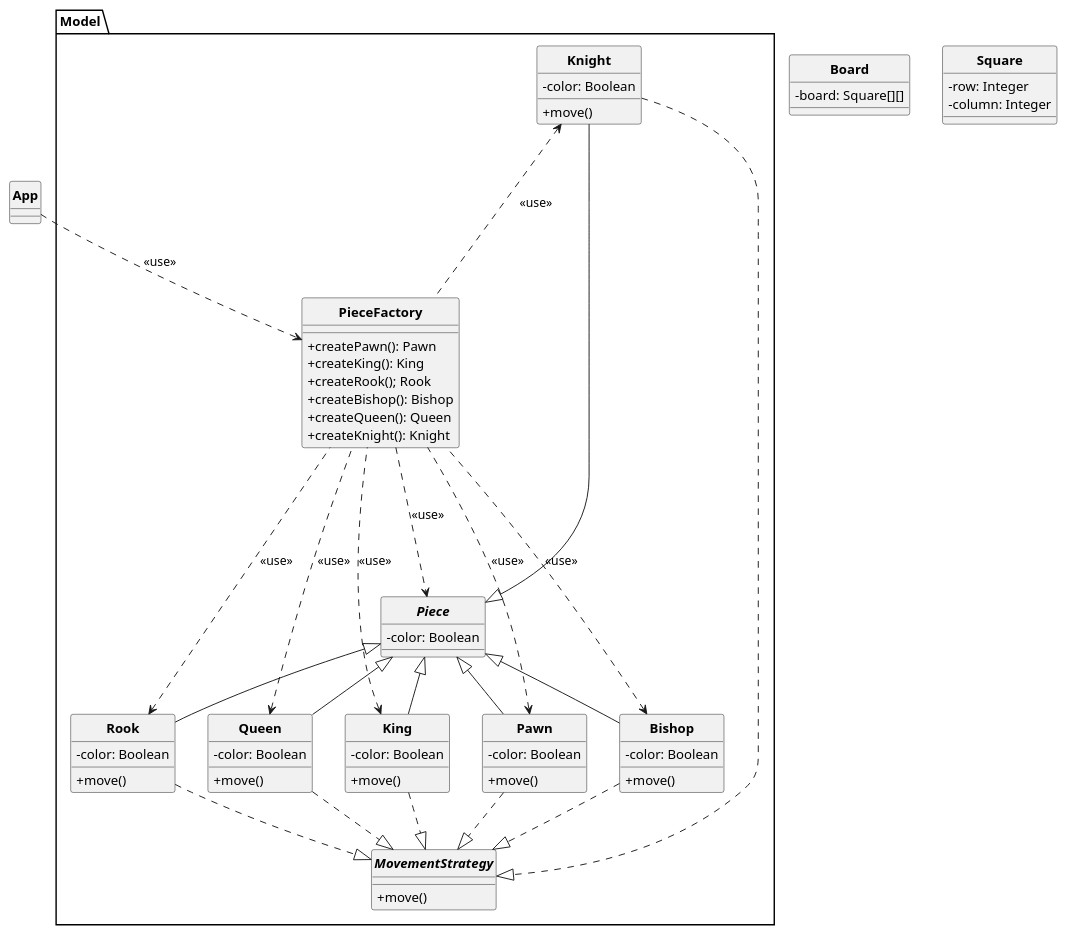
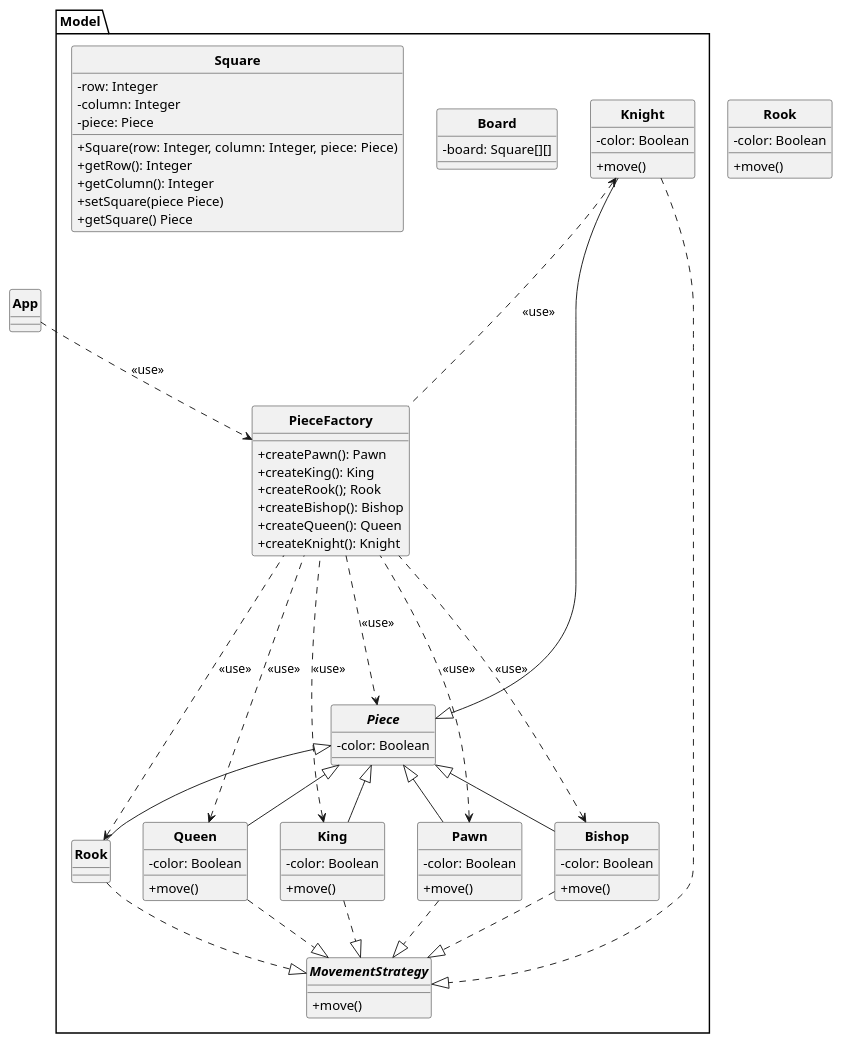
The diagram in UML/Chessgame.puml (MaxDevelo/Chess-Game), drawn with PlantUML before and after one commit.

Commit message:
Implementation de la classe Square dans Chessgame.puml

```diff
--- a/UML/Chessgame.puml
+++ b/UML/Chessgame.puml
@@ -1,95 +1,105 @@
 @startuml
 
 skinparam style strictuml
 skinparam classAttributeIconSize 0
 skinparam classFontStyle Bold
 hide enum methods
 
 
 class App{
 
 }
 
-class Board{
-- board: Square[][]
-}
 
-class Square{
--row: Integer
--column: Integer
-}
+package Model{
+    class Board{
+    - board: Square[][]
 
-abstract Model.Piece{
-- color: Boolean
-}
+    }
 
-class Model.PieceFactory{
-+ createPawn(): Pawn
-+ createKing(): King
-+ createRook(); Rook
-+ createBishop(): Bishop
-+ createQueen(): Queen
-+ createKnight(): Knight
-}
+    class Square{
+    - row: Integer
+    - column: Integer
+    - piece: Piece
+    + Square(row: Integer, column: Integer, piece: Piece)
+    + getRow(): Integer
+    + getColumn(): Integer
+    + setSquare(piece Piece)
+    + getSquare() Piece
+    }
 
-interface Model.MovementStrategy{
-+ move()
-}
+    abstract Piece{
+    - color: Boolean
+    }
 
-'class Model.Forward extends MovementStrategy{'
-'+ move()'
-'}'
+    class PieceFactory{
+    + createPawn(): Pawn
+    + createKing(): King
+    + createRook(); Rook
+    + createBishop(): Bishop
+    + createQueen(): Queen
+    + createKnight(): Knight
+    }
 
-class Model.Pawn{
-- color: Boolean
-+ move()
-}
+    interface MovementStrategy{
+    + move()
+    }
 
-class Model.King{
-- color: Boolean
-+ move()
-}
+    'class Model.Forward extends MovementStrategy{'
+    '+ move()'
+    '}'
 
-class Model.Rook{
-- color: Boolean
-+ move()
-}
+    class Pawn{
+    - color: Boolean
+    + move()
+    }
 
-class Model.Bishop{
-- color: Boolean
-+ move()
-}
+    class King{
+    - color: Boolean
+    + move()
+    }
 
-class Model.Queen{
-- color: Boolean
-+ move()
-}
+    class .Rook{
+    - color: Boolean
+    + move()
+    }
 
-class Model.Knight{
-- color: Boolean
-+ move()
+    class Bishop{
+    - color: Boolean
+    + move()
+    }
+
+    class Queen{
+    - color: Boolean
+    + move()
+    }
+
+    class Knight{
+    - color: Boolean
+    + move()
+    }
 }
 
 App ..> Model.PieceFactory : <<use>>
 Model.Pawn ..|> Model.MovementStrategy
 Model.King ..|> Model.MovementStrategy
 Model.Rook ..|> Model.MovementStrategy
 Model.Bishop ..|> Model.MovementStrategy
 Model.Queen ..|> Model.MovementStrategy
 Model.Knight ..|> Model.MovementStrategy
 Model.PieceFactory ...> Model.Piece : <<use>>
 Model.Pawn -u-|> Model.Piece
 Model.King -u-|> Model.Piece
 Model.Rook -u-|> Model.Piece
 Model.Bishop -u-|> Model.Piece
 Model.Queen -u-|> Model.Piece
 Model.Knight -u-|> Model.Piece
 Model.PieceFactory -u..> Model.Pawn : <<use>>
 Model.PieceFactory -u..> Model.King : <<use>>
 Model.PieceFactory -u..> Model.Rook : <<use>>
 Model.PieceFactory -u..> Model.Bishop : <<use>>
 Model.PieceFactory -u..> Model.Queen : <<use>>
 Model.PieceFactory -u..> Model.Knight : <<use>>
 
 
 @enduml
```
